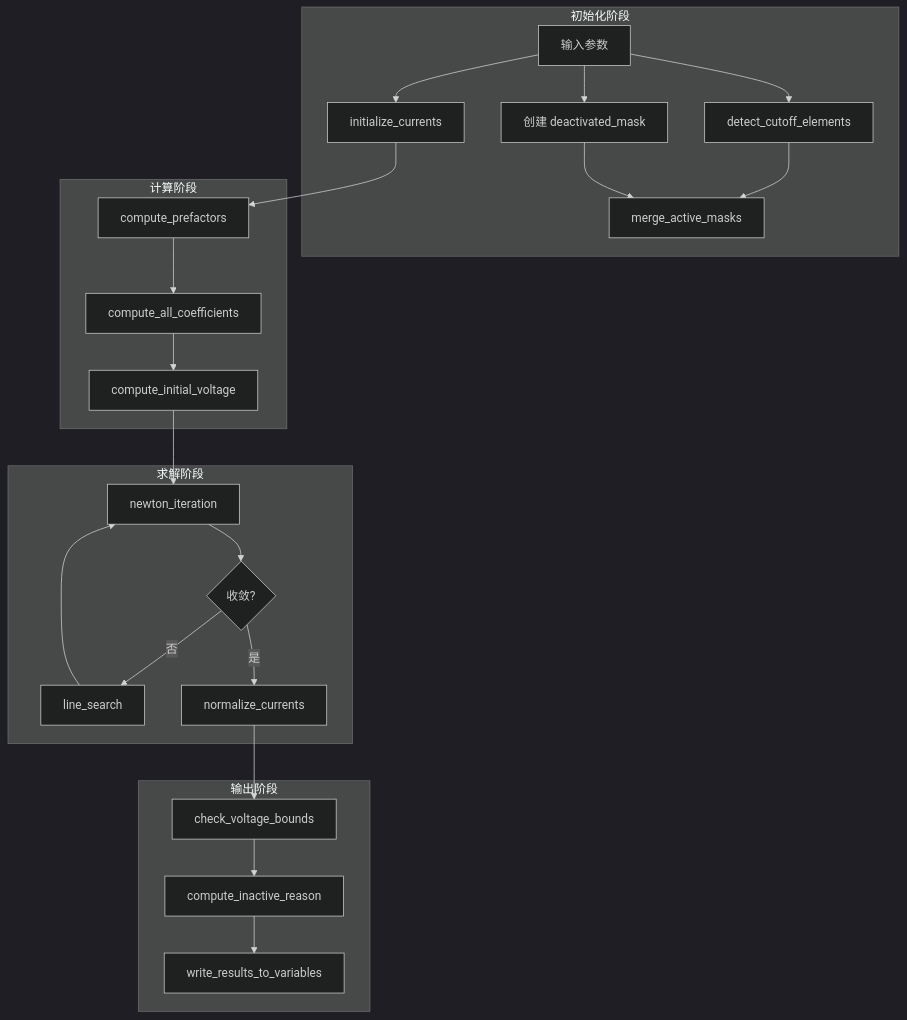
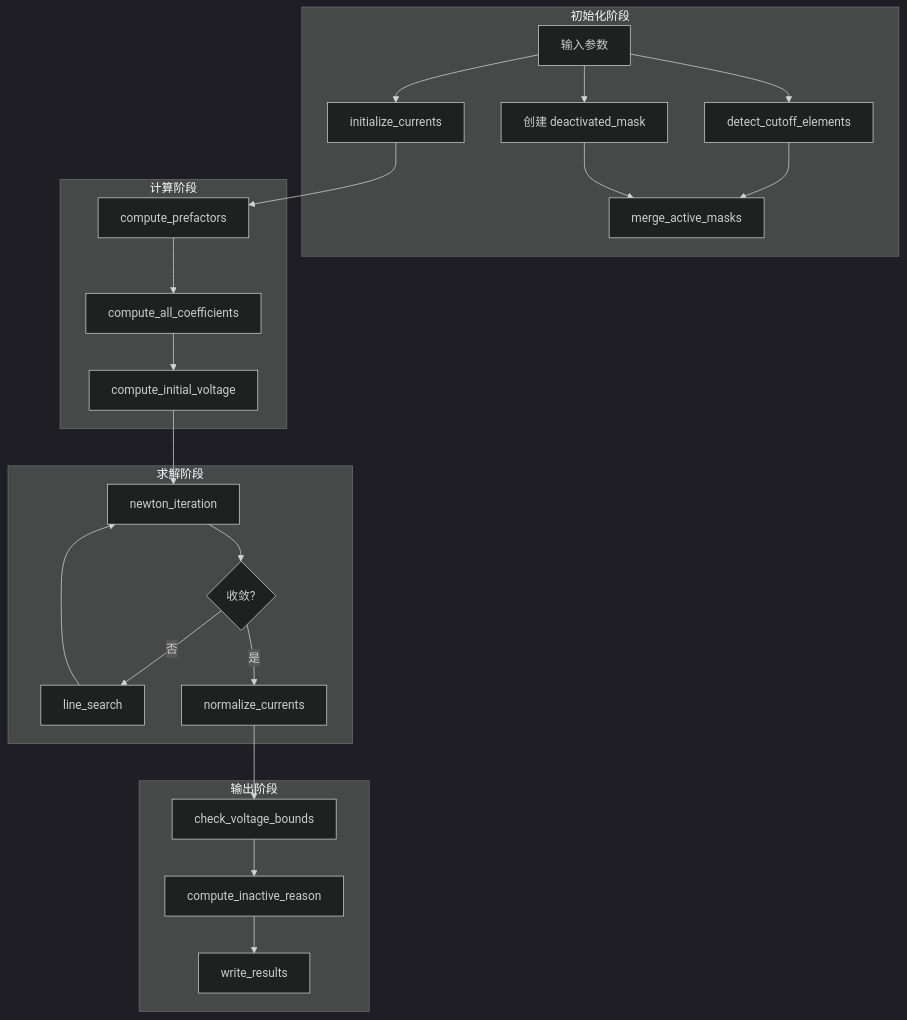
One commit to WenStaoCHongP/JuBat changed the diagram in docs/superpowers/specs/2026-03-24-parallelsolution-refactor-design.md. Above: the diagram before and after it, drawn with Mermaid (dark theme). The commit also changed other lines of this file and 53 other files, not shown here.

````diff
--- a/docs/superpowers/specs/2026-03-24-parallelsolution-refactor-design.md
+++ b/docs/superpowers/specs/2026-03-24-parallelsolution-refactor-design.md
@@ -357,30 +59,30 @@
 ```mermaid
 flowchart TB
     subgraph initPhase["初始化阶段"]
         A["输入参数"] --> B["initialize_currents"]
         A --> C["detect_cutoff_elements"]
         C --> D["merge_active_masks"]
         A --> E["创建 deactivated_mask"]
         E --> D
     end
     
     subgraph computePhase["计算阶段"]
         B --> F["compute_prefactors"]
         F --> G["compute_all_coefficients"]
         G --> H["compute_initial_voltage"]
     end
     
     subgraph solvePhase["求解阶段"]
         H --> I["newton_iteration"]
         I --> J{"收敛?"}
         J -->|否| K["line_search"]
         K --> I
         J -->|是| L["normalize_currents"]
     end
     
     subgraph outputPhase["输出阶段"]
         L --> M["check_voltage_bounds"]
         M --> N["compute_inactive_reason"]
-        N --> O["write_results_to_variables"]
+        N --> O["write_results"]
     end
 ```
````
